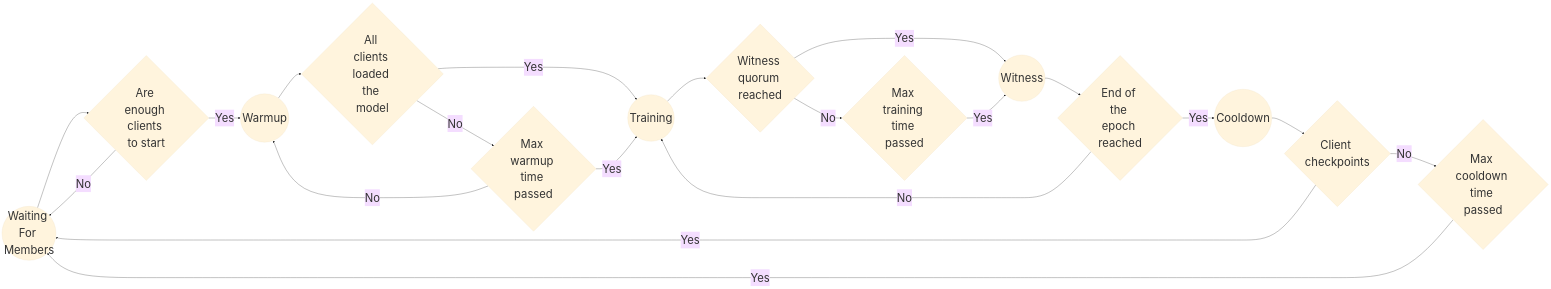
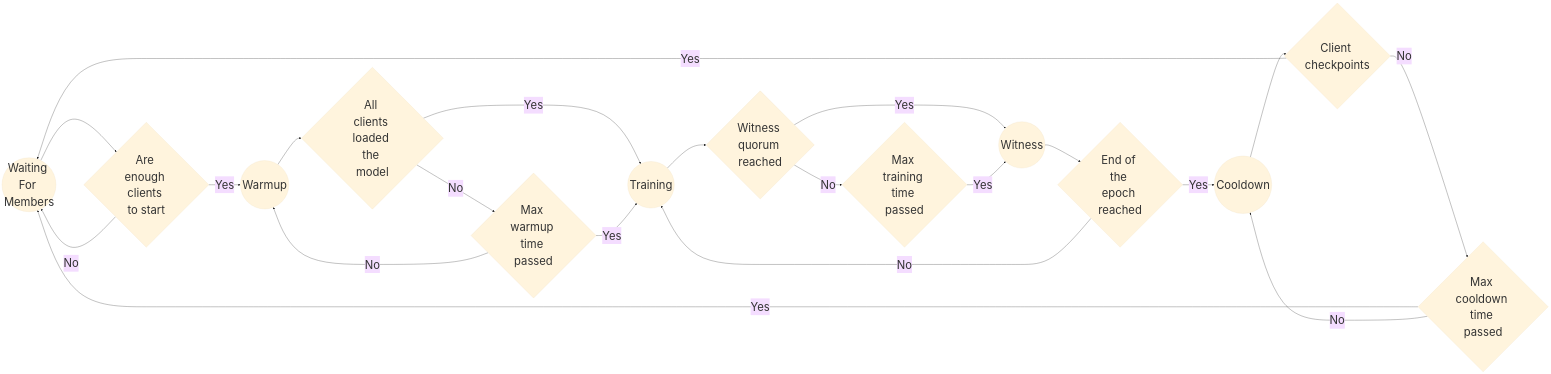
The third of 7 diagrams in psyche-book/src/explain/general-workflow.md (PsycheFoundation/psyche), drawn with Mermaid before and after one commit. The commit also changed 1 other file, not shown here.

Commit message:
Fix diagrams and docs

````diff
--- a/psyche-book/src/explain/general-workflow.md
+++ b/psyche-book/src/explain/general-workflow.md
@@ -117,37 +117,38 @@
 ```mermaid
 %%{init: {'theme':'base', 'themeVariables': { 'fontSize':'45px'}}}%%
 flowchart LR
     WFM((Waiting For Members))
     W((Warmup))
     T((Training))
     WI((Witness))
     CD((Cooldown))
     a{Are enough clients to start}
     b{All clients loaded the model}
     c{Max warmup time passed}
     d{Witness quorum reached}
     e{Max training time passed}
     f{End of the epoch reached}
     g{Client checkpoints}
     h{Max cooldown time passed}
 
     WFM --> a
     a -->|Yes| W
     a -->|No| WFM
     b -->|Yes| T
     b -->|No| c
     W --> b
     c -->|Yes| T
     c -->|No| W
     T --> d
     d -->|Yes| WI
     d -->|No| e
     e -->|Yes| WI
     WI --> f
     f -->|Yes| CD
     f -->|No| T
     CD -->g
     g -->|Yes| WFM
     g -->|No|h
     h -->|Yes| WFM
+    h -->|No| CD
 ```
````
